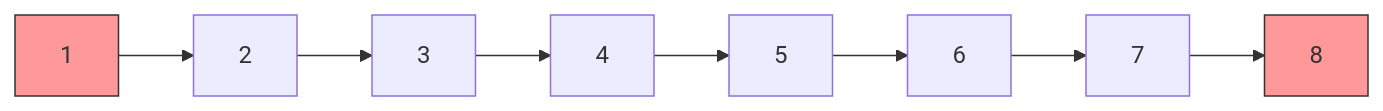
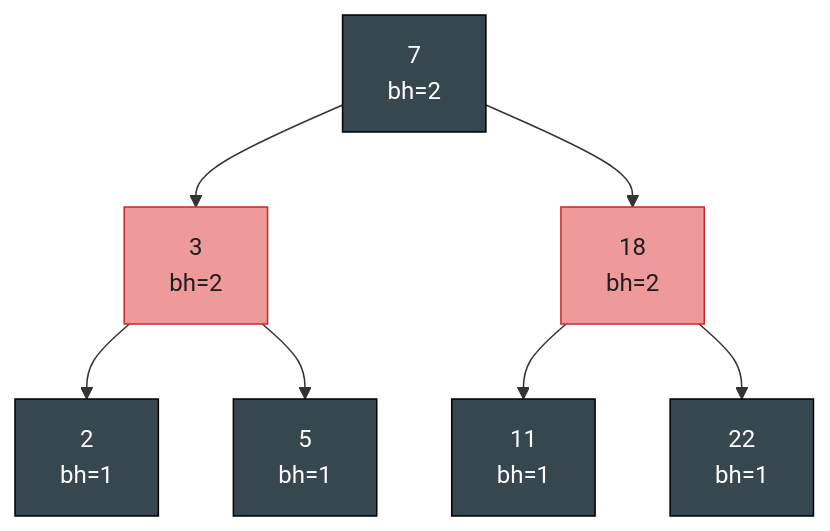
One commit to socoo123/book_reading changed the first of 13 diagrams in IntroductionToAlgorithms/Chapter13_红黑树_深度版.md. Above: the diagram before and after it, drawn with Mermaid. The commit also changed other lines of this file and 30 other files, not shown here.

````diff
--- a/IntroductionToAlgorithms/Chapter13_红黑树_深度版.md
+++ b/IntroductionToAlgorithms/Chapter13_红黑树_深度版.md
@@ -31,13 +37,14 @@
 ```mermaid
-flowchart LR
-    A1["1"] --> A2["2"]
-    A2 --> A3["3"]
-    A3 --> A4["4"]
-    A4 --> A5["5"]
-    A5 --> A6["6"]
-    A6 --> A7["7"]
-    A7 --> A8["8"]
+graph TD
+    a["7<br/>bh=2"] --> b["3<br/>bh=2"]
+    a --> c["18<br/>bh=2"]
+    b --> d["2<br/>bh=1"]
+    b --> e["5<br/>bh=1"]
+    c --> f["11<br/>bh=1"]
+    c --> g["22<br/>bh=1"]
 
-    style A1 fill:#ff9999,stroke:#333
-    style A8 fill:#ff9999,stroke:#333
+    classDef rbB fill:#37474F,stroke:#000,color:#fff
+    classDef rbR fill:#EF9A9A,stroke:#C62828,color:#1f1f1f
+    class a,d,e,f,g rbB
+    class b,c rbR
 ```
````
